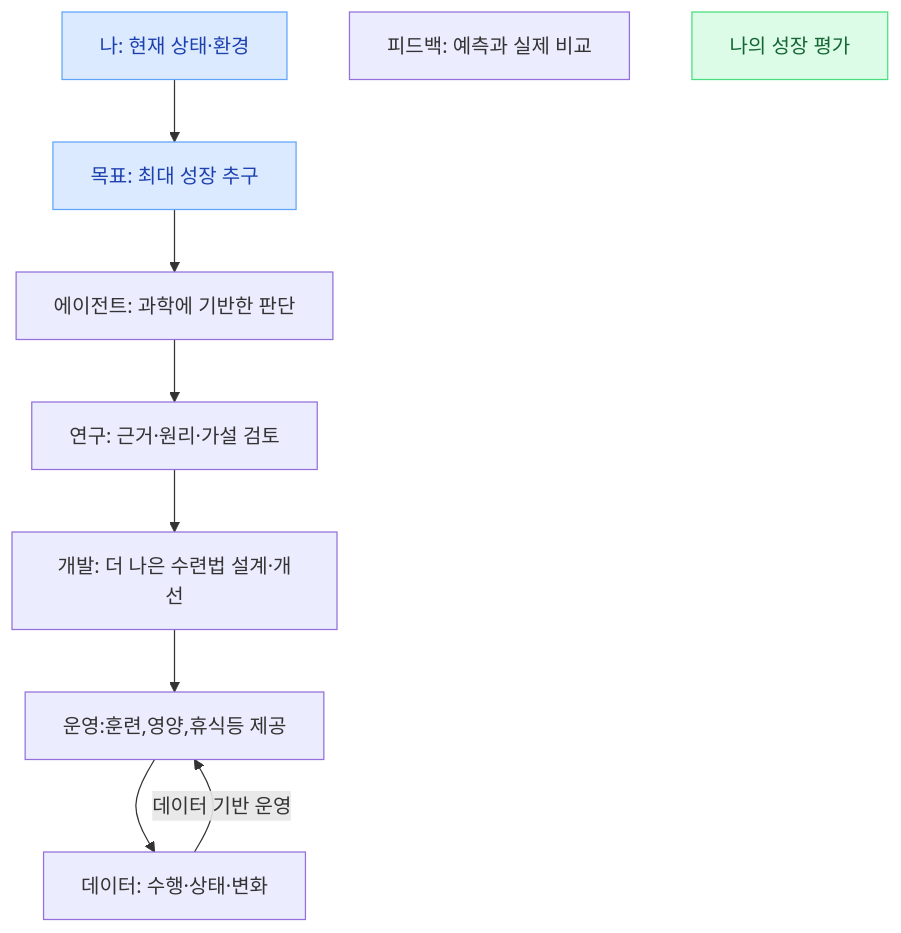
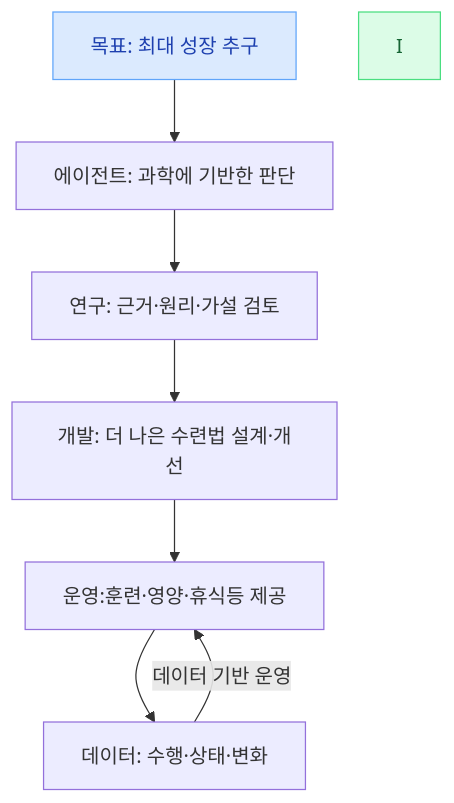
One commit to Rmayana/frontier-research-harness changed the first of 8 diagrams in docs/SPECIFICATION.md. Above: the diagram before and after it, drawn with Mermaid.

````diff
--- a/docs/SPECIFICATION.md
+++ b/docs/SPECIFICATION.md
@@ -58,20 +58,20 @@
 ```mermaid
 flowchart TD
-    A["나: 현재 상태·환경"]
+    
     B["목표: 최대 성장 추구"]
     C["에이전트: 과학에 기반한 판단"]
     D["연구: 근거·원리·가설 검토"]
     E["개발: 더 나은 수련법 설계·개선"]
-    F["운영:훈련,영양,휴식등 제공"]
+    F["운영:훈련·영양·휴식등 제공"]
     G["데이터: 수행·상태·변화"]
-    H["피드백: 예측과 실제 비교"]
-    I["나의 성장 평가"]
+    
+  
 
-    A --> B --> C --> D --> E --> F --> G 
+   B --> C --> D --> E --> F --> G 
    
     G -->|"데이터 기반 운영"| F
 
-    style A fill:#dbeafe,color:#1e40af,stroke:#60a5fa
+    
     style B fill:#dbeafe,color:#1e40af,stroke:#60a5fa
     style I fill:#dcfce7,color:#166534,stroke:#4ade80
 ```
````
